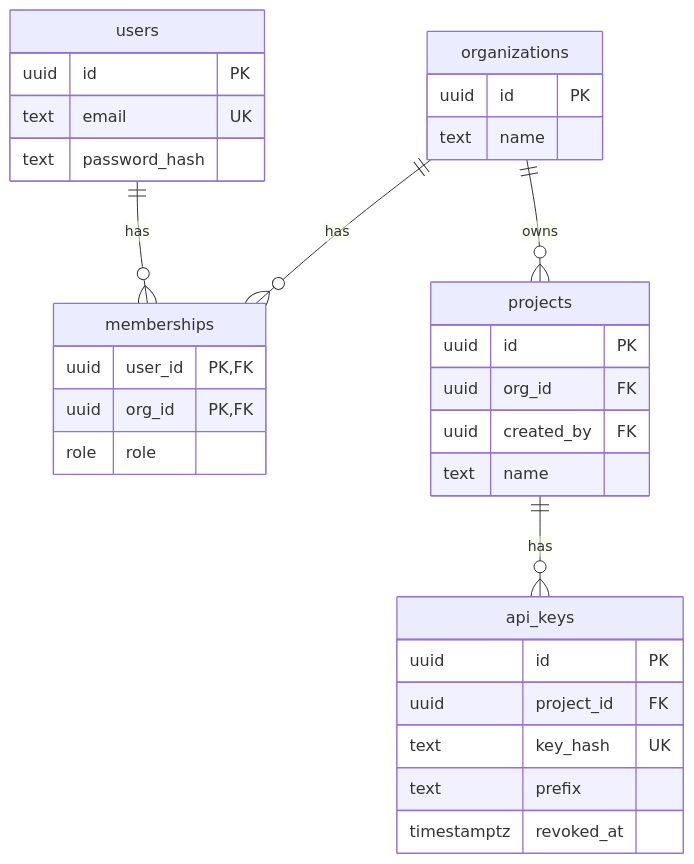
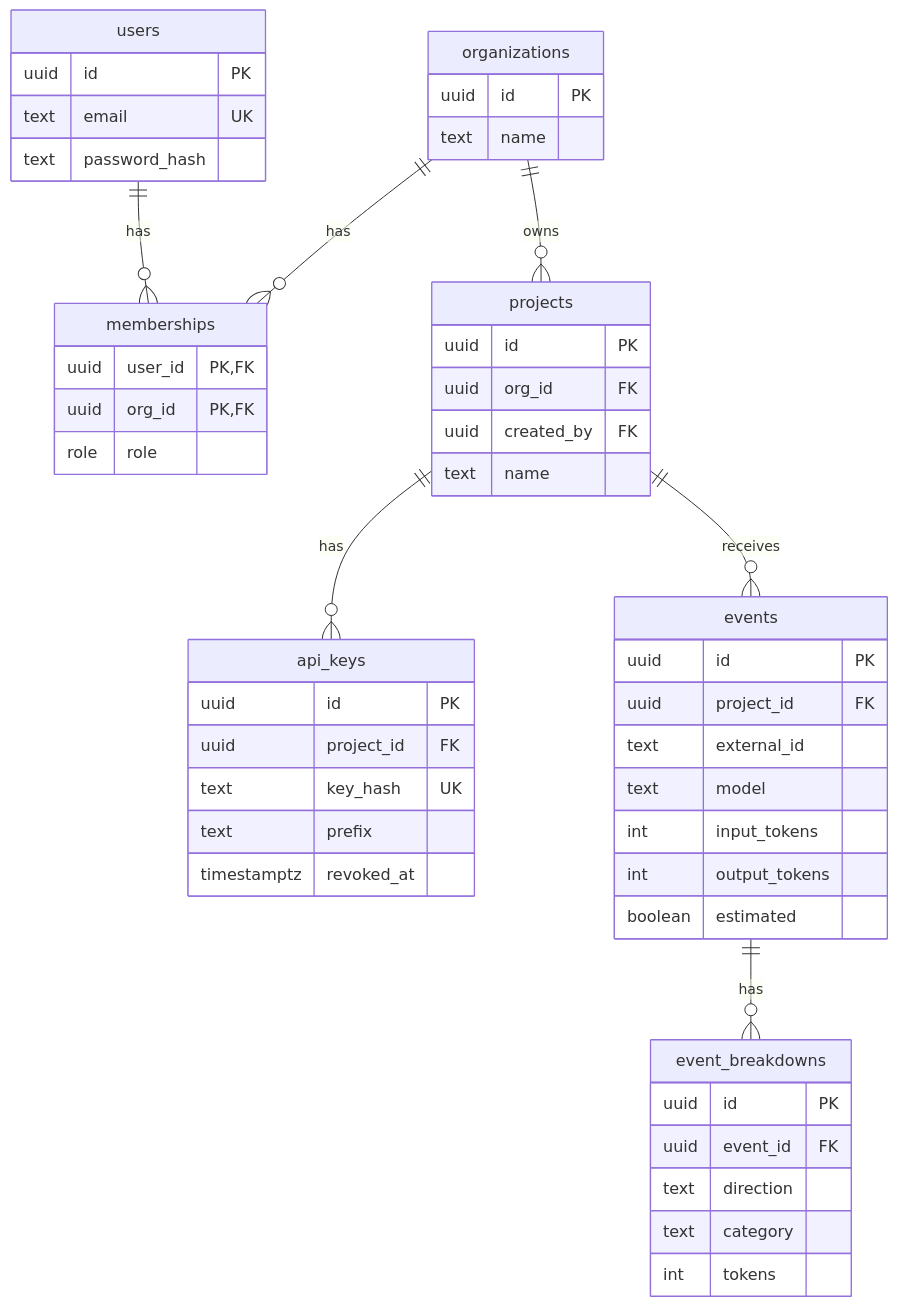
The diagram in docs/database.md (RipZou/TokenLens), drawn with Mermaid before and after one commit. The commit also changed 3 other files, not shown here.

````diff
--- a/docs/database.md
+++ b/docs/database.md
@@ -5,35 +5,53 @@
 ```mermaid
 erDiagram
     users ||--o{ memberships : has
     organizations ||--o{ memberships : has
     organizations ||--o{ projects : owns
     projects ||--o{ api_keys : has
+    projects ||--o{ events : receives
+    events ||--o{ event_breakdowns : has
 
     users {
         uuid id PK
         text email UK
         text password_hash
     }
     organizations {
         uuid id PK
         text name
     }
     memberships {
         uuid user_id PK, FK
         uuid org_id PK, FK
         role role
     }
     projects {
         uuid id PK
         uuid org_id FK
         uuid created_by FK
         text name
     }
     api_keys {
         uuid id PK
         uuid project_id FK
         text key_hash UK
         text prefix
         timestamptz revoked_at
     }
+    events {
+        uuid id PK
+        uuid project_id FK
+        text external_id
+        text model
+        int input_tokens
+        int output_tokens
+        boolean estimated
+    }
+    event_breakdowns {
+        uuid id PK
+        uuid event_id FK
+        text direction
+        text category
+        int tokens
+    }
 ```
````
